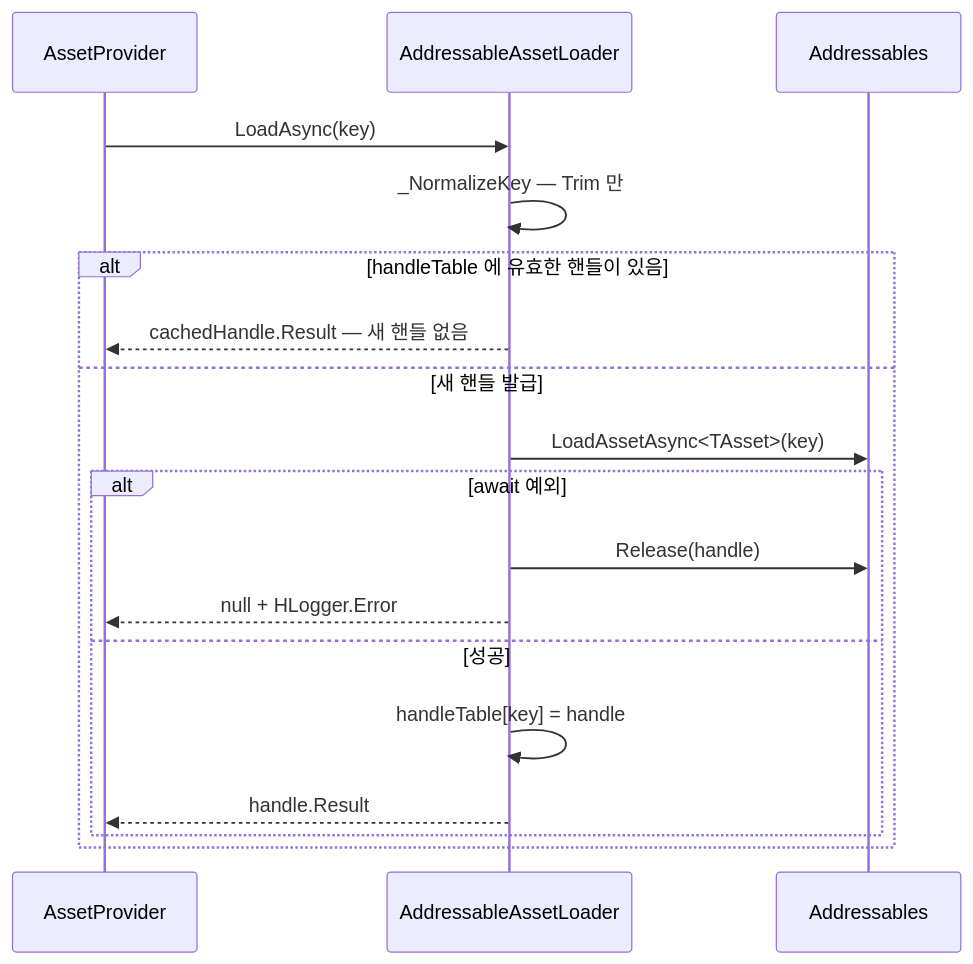
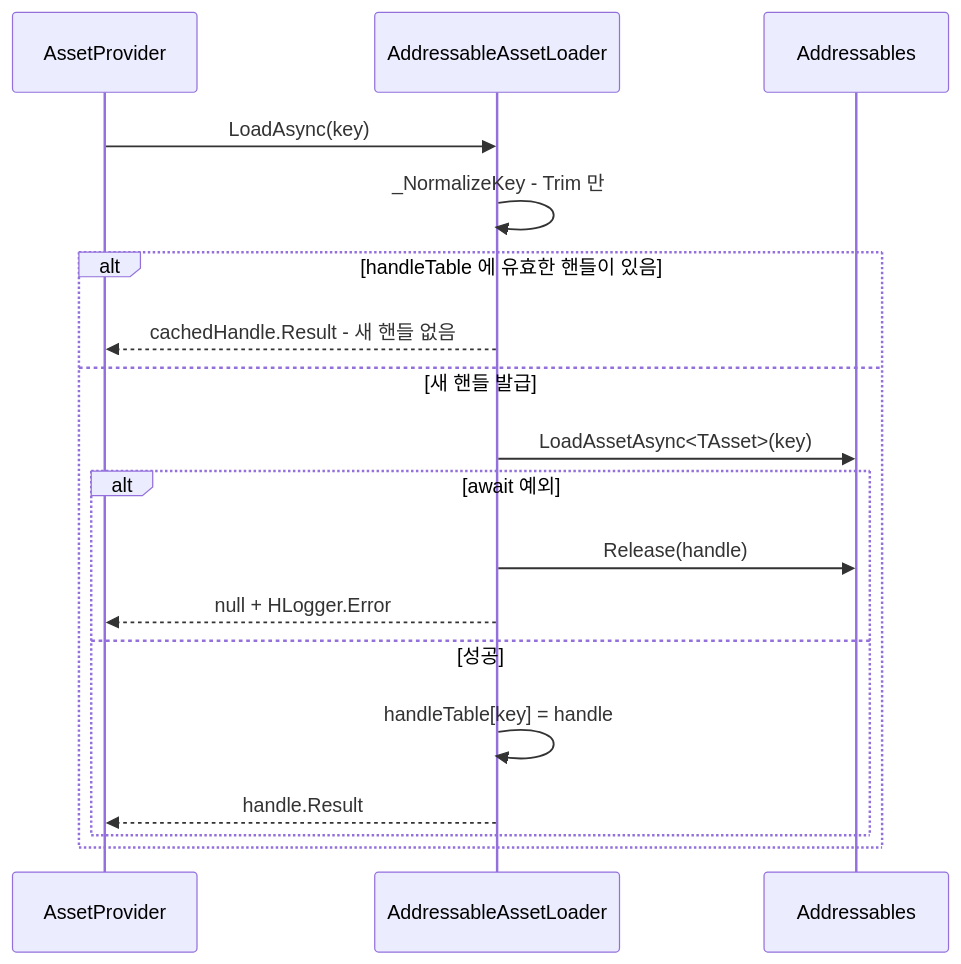
Before and after one commit to HoHong123/HCUP-Unity: the second of 3 diagrams in HResource/docs/Load.md, drawn with Mermaid. The commit also changed other lines of this file, not shown here.

````diff
--- a/HResource/docs/Load.md
+++ b/HResource/docs/Load.md
@@ -75,21 +75,21 @@
 ```mermaid
 sequenceDiagram
     participant P as AssetProvider
     participant L as AddressableAssetLoader
     participant AD as Addressables
 
     P->>L: LoadAsync(key)
-    L->>L: _NormalizeKey — Trim 만
+    L->>L: _NormalizeKey - Trim 만
     alt handleTable 에 유효한 핸들이 있음
-        L-->>P: cachedHandle.Result — 새 핸들 없음
+        L-->>P: cachedHandle.Result - 새 핸들 없음
     else 새 핸들 발급
         L->>AD: LoadAssetAsync<TAsset>(key)
         alt await 예외
             L->>AD: Release(handle)
             L-->>P: null + HLogger.Error
         else 성공
             L->>L: handleTable[key] = handle
             L-->>P: handle.Result
         end
     end
 ```
````
